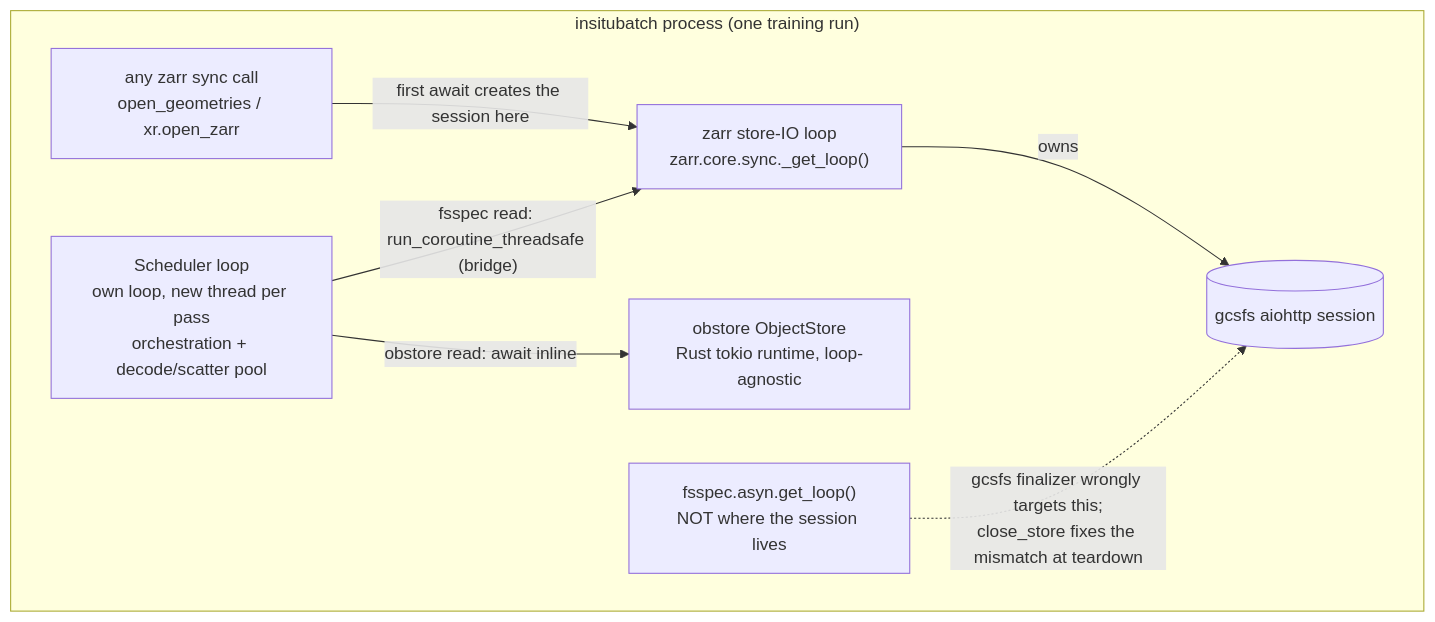
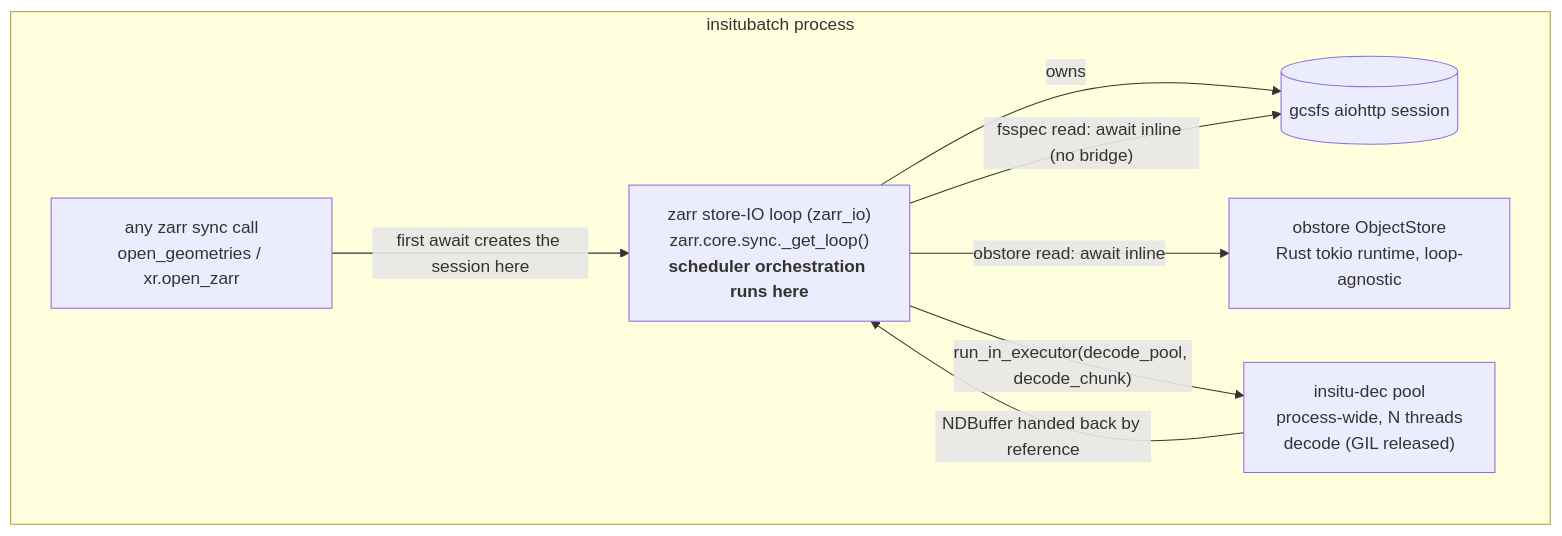
The third of 5 diagrams in docs/architecture.md (emfdavid/insitubatch), drawn with Mermaid before and after one commit. The commit also changed other lines of this file and 3 other files, not shown here.

````diff
--- a/docs/architecture.md
+++ b/docs/architecture.md
@@ -148,16 +151,16 @@
 ```mermaid
 flowchart TD
-    subgraph proc["insitubatch process (one training run)"]
+    subgraph proc["insitubatch process"]
       OG["any zarr sync call<br/>open_geometries / xr.open_zarr"]
-      SL["Scheduler loop<br/>own loop, new thread per pass<br/>orchestration + decode/scatter pool"]
-      ZL["zarr store-IO loop<br/>zarr.core.sync._get_loop()"]
+      ZL["zarr store-IO loop (zarr_io)<br/>zarr.core.sync._get_loop()<br/><b>scheduler orchestration runs here</b>"]
+      DP["insitu-dec pool<br/>process-wide, N threads<br/>decode (GIL released)"]
       SESS[("gcsfs aiohttp session")]
       OBS["obstore ObjectStore<br/>Rust tokio runtime, loop-agnostic"]
-      FL["fsspec.asyn.get_loop()<br/>NOT where the session lives"]
     end
     OG -->|"first await creates the session here"| ZL
     ZL -->|owns| SESS
-    SL -->|"fsspec read: run_coroutine_threadsafe (bridge)"| ZL
-    SL -->|"obstore read: await inline"| OBS
-    FL -.->|"gcsfs finalizer wrongly targets this;<br/>close_store fixes the mismatch at teardown"| SESS
+    ZL -->|"fsspec read: await inline (no bridge)"| SESS
+    ZL -->|"obstore read: await inline"| OBS
+    ZL -->|"run_in_executor(decode_pool, decode_chunk)"| DP
+    DP -->|"NDBuffer handed back by reference"| ZL
 ```
````
